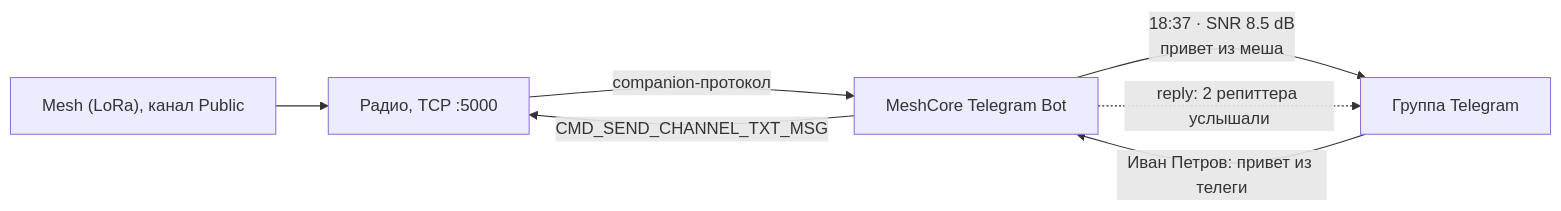
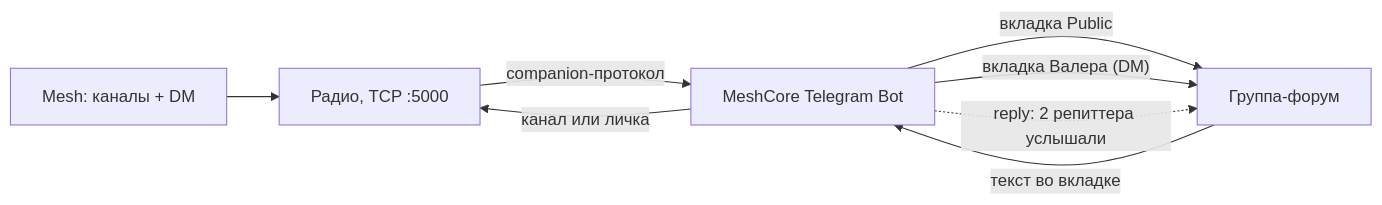
One commit to shadowroot2/MeshCore-Telegram-Bot changed the diagram in README.md. Above: the diagram before and after it, drawn with Mermaid. The commit also changed other lines of this file and 21 other files, not shown here.

````diff
--- a/README.md
+++ b/README.md
@@ -7,9 +8,10 @@
 ```mermaid
 flowchart LR
-    M["Mesh (LoRa), канал Public"] --> R["Радио, TCP :5000"]
+    M["Mesh: каналы + DM"] --> R["Радио, TCP :5000"]
     R -->|companion-протокол| B["MeshCore Telegram Bot"]
-    B -->|"18:37 · SNR 8.5 dB<br/>привет из меша"| T["Группа Telegram"]
-    T -->|"Иван Петров: привет из телеги"| B
-    B -->|CMD_SEND_CHANNEL_TXT_MSG| R
+    B -->|"вкладка Public"| T["Группа-форум"]
+    B -->|"вкладка Валера (DM)"| T
+    T -->|"текст во вкладке"| B
+    B -->|канал или личка| R
     B -.->|"reply: 2 репиттера услышали"| T
 ```
````
